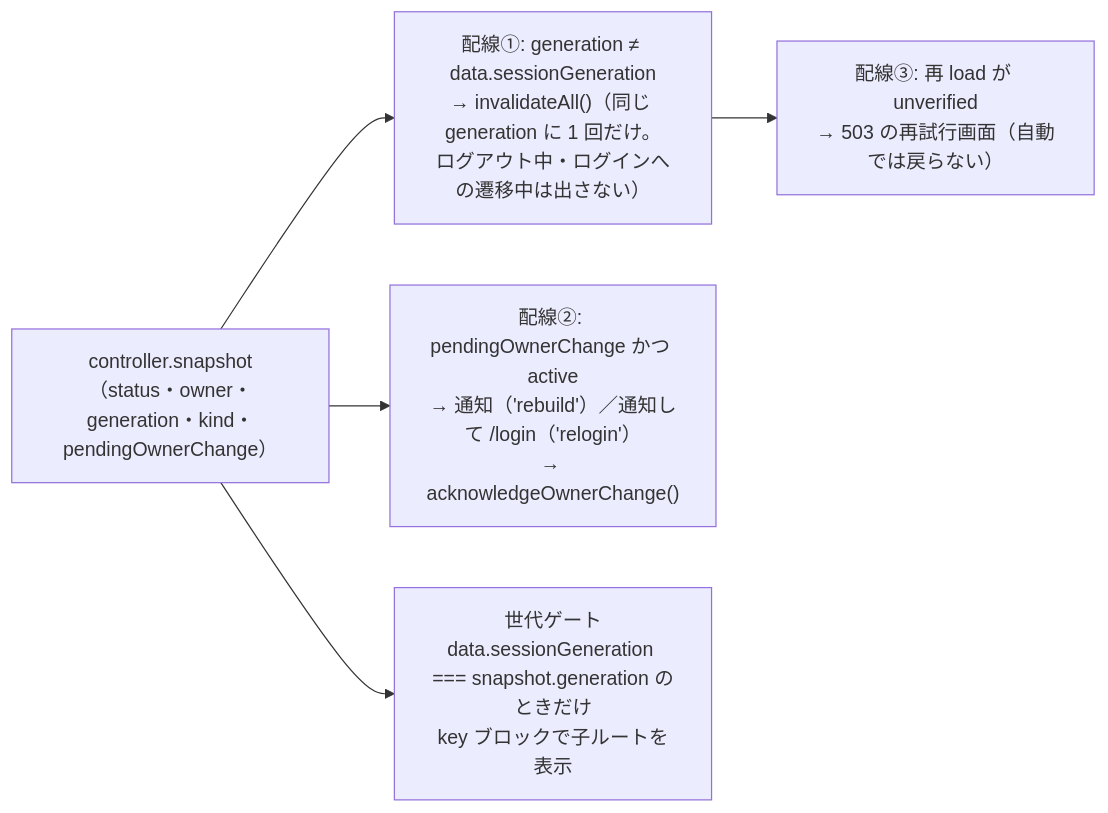
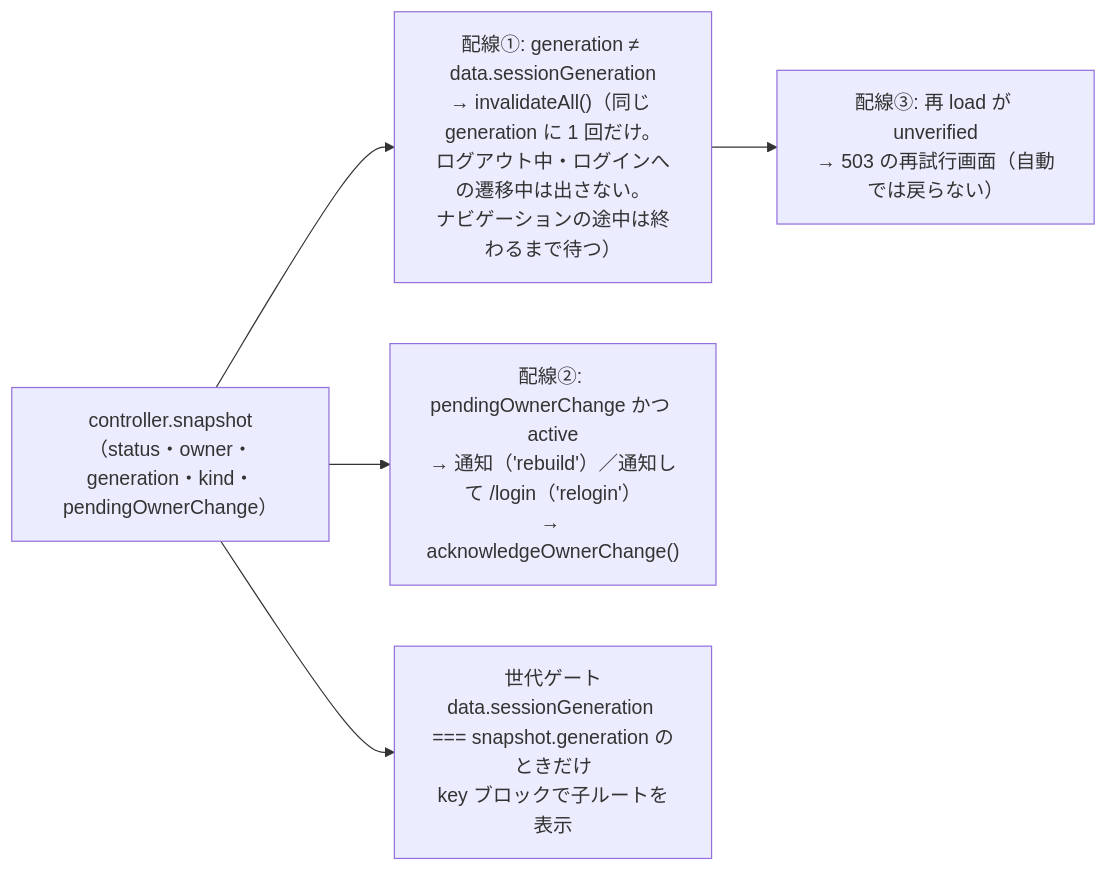
Before and after one commit to tyaro/banto: the third of 11 diagrams in docs/architecture-flows.md, drawn with Mermaid. The commit also changed other lines of this file and 6 other files, not shown here.

````diff
--- a/docs/architecture-flows.md
+++ b/docs/architecture-flows.md
@@ -94,13 +96,13 @@
 ```mermaid
 flowchart LR
   SNAP["controller.snapshot<br/>（status・owner・generation・kind・pendingOwnerChange）"]
-  W1["配線①: generation ≠ data.sessionGeneration<br/>→ invalidateAll()（同じ generation に 1 回だけ。<br/>ログアウト中・ログインへの遷移中は出さない）"]
+  W1["配線①: generation ≠ data.sessionGeneration<br/>→ invalidateAll()（同じ generation に 1 回だけ。<br/>ログアウト中・ログインへの遷移中は出さない。<br/>ナビゲーションの途中は終わるまで待つ）"]
   W2["配線②: pendingOwnerChange かつ active<br/>→ 通知（'rebuild'）／通知して /login（'relogin'）<br/>→ acknowledgeOwnerChange()"]
   W3["配線③: 再 load が unverified<br/>→ 503 の再試行画面（自動では戻らない）"]
   GATE["世代ゲート<br/>data.sessionGeneration === snapshot.generation のときだけ<br/>key ブロックで子ルートを表示"]
 
   SNAP --> W1
   SNAP --> W2
   W1 --> W3
   SNAP --> GATE
 ```
````
